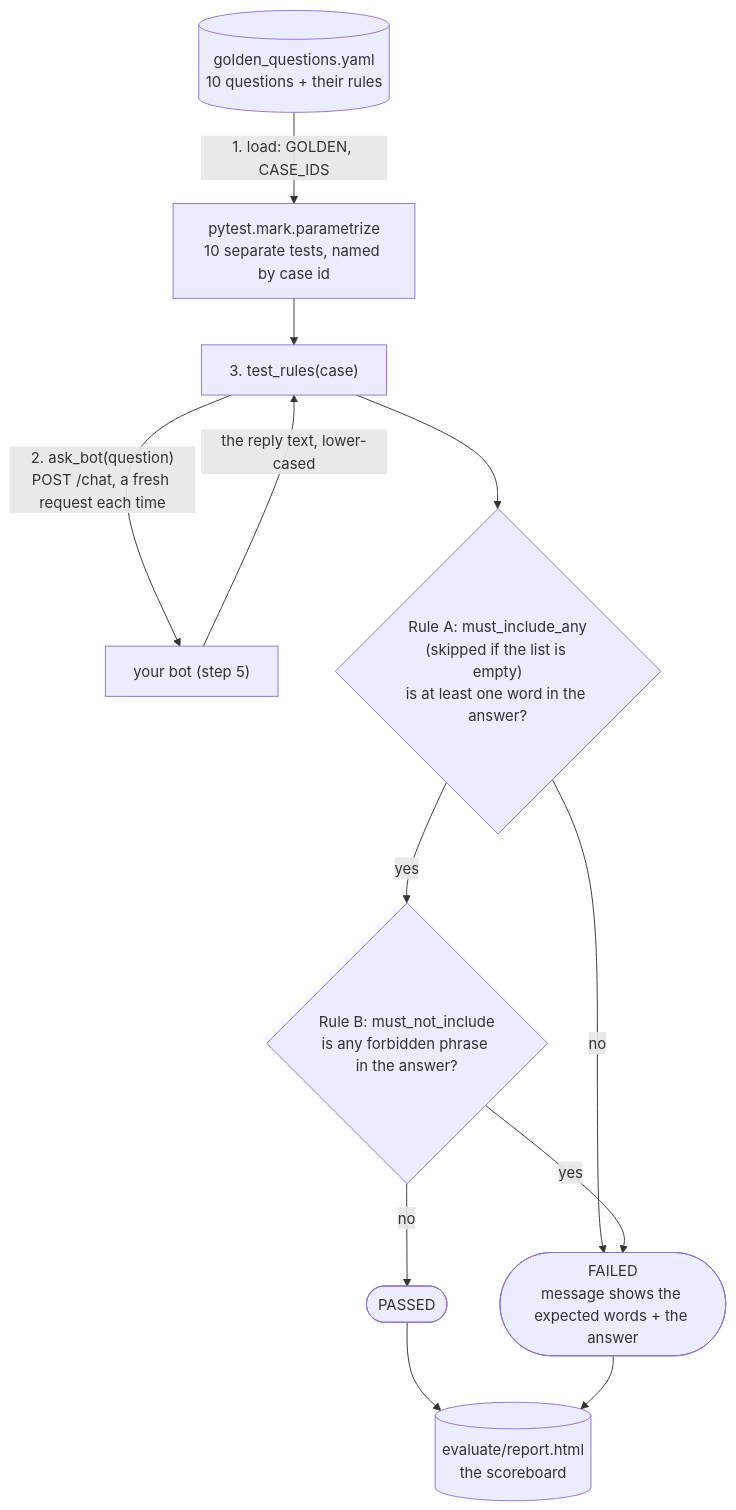
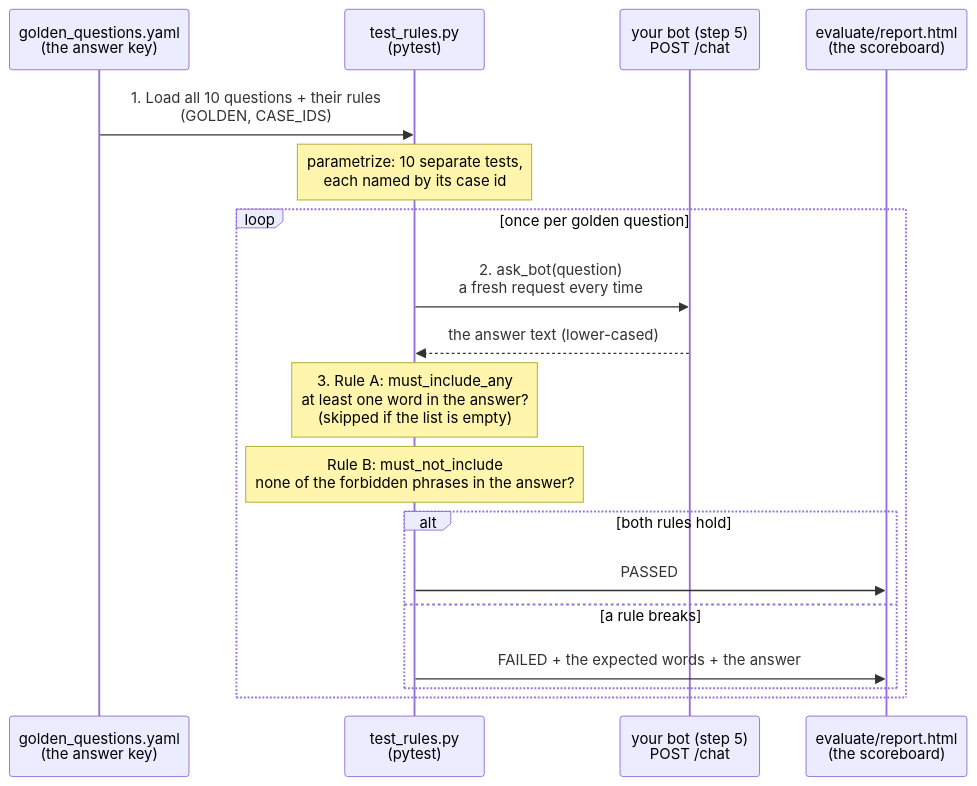
Before and after one commit to gauravkhuraana/shopkart-ai-tutorial-v2: the second of 2 diagrams in evaluate/step6_rules/README.md, drawn with Mermaid. The commit also changed 5 other files, not shown here.

````diff
--- a/evaluate/step6_rules/README.md
+++ b/evaluate/step6_rules/README.md
@@ -136,14 +136,22 @@
 ```mermaid
-flowchart TD
-    Y[("golden_questions.yaml<br/>10 questions + their rules")] -->|"1. load: GOLDEN, CASE_IDS"| P["pytest.mark.parametrize<br/>10 separate tests, named by case id"]
-    P --> T["3. test_rules(case)"]
-    T -->|"2. ask_bot(question)<br/>POST /chat, a fresh request each time"| Bot["your bot (step 5)"]
-    Bot -->|"the reply text, lower-cased"| T
-    T --> RA{"Rule A: must_include_any<br/>(skipped if the list is empty)<br/>is at least one word in the answer?"}
-    RA -->|no| F(["FAILED<br/>message shows the expected words + the answer"])
-    RA -->|yes| RB{"Rule B: must_not_include<br/>is any forbidden phrase in the answer?"}
-    RB -->|yes| F
-    RB -->|no| Ok([PASSED])
-    Ok --> R[("evaluate/report.html<br/>the scoreboard")]
-    F --> R
+sequenceDiagram
+    participant Key as golden_questions.yaml<br/>(the answer key)
+    participant Test as test_rules.py<br/>(pytest)
+    participant Bot as your bot (step 5)<br/>POST /chat
+    participant Board as evaluate/report.html<br/>(the scoreboard)
+
+    Key->>Test: 1. Load all 10 questions + their rules<br/>(GOLDEN, CASE_IDS)
+    Note over Test: parametrize: 10 separate tests,<br/>each named by its case id
+
+    loop once per golden question
+        Test->>Bot: 2. ask_bot(question)<br/>a fresh request every time
+        Bot-->>Test: the answer text (lower-cased)
+        Note over Test: 3. Rule A: must_include_any<br/>at least one word in the answer?<br/>(skipped if the list is empty)
+        Note over Test: Rule B: must_not_include<br/>none of the forbidden phrases in the answer?
+        alt both rules hold
+            Test->>Board: PASSED
+        else a rule breaks
+            Test->>Board: FAILED + the expected words + the answer
+        end
+    end
 ```
````
